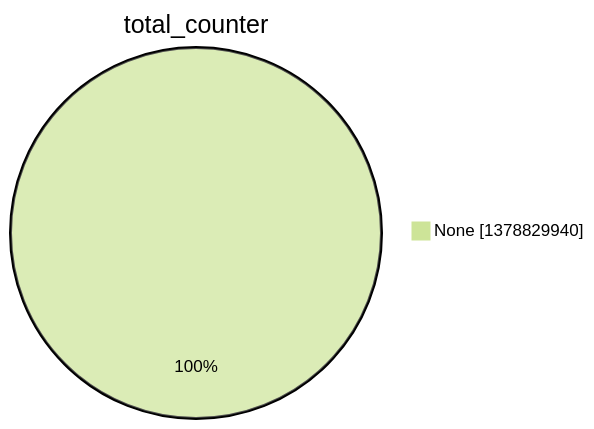
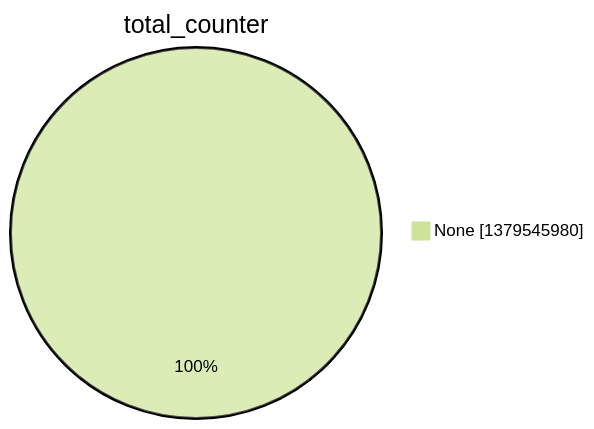
The second of 15 diagrams in argon2022/README.md (christiankrug/ctmonitor_visualization), drawn with Mermaid (forest theme) before and after one commit. The commit also changed other lines of this file, not shown here.

````diff
--- a/argon2022/README.md
+++ b/argon2022/README.md
@@ -9,5 +9,5 @@
 ```mermaid
 pie showData
 title total_counter
-"None" :1378829940
+"None" :1379545980
 ```
````
